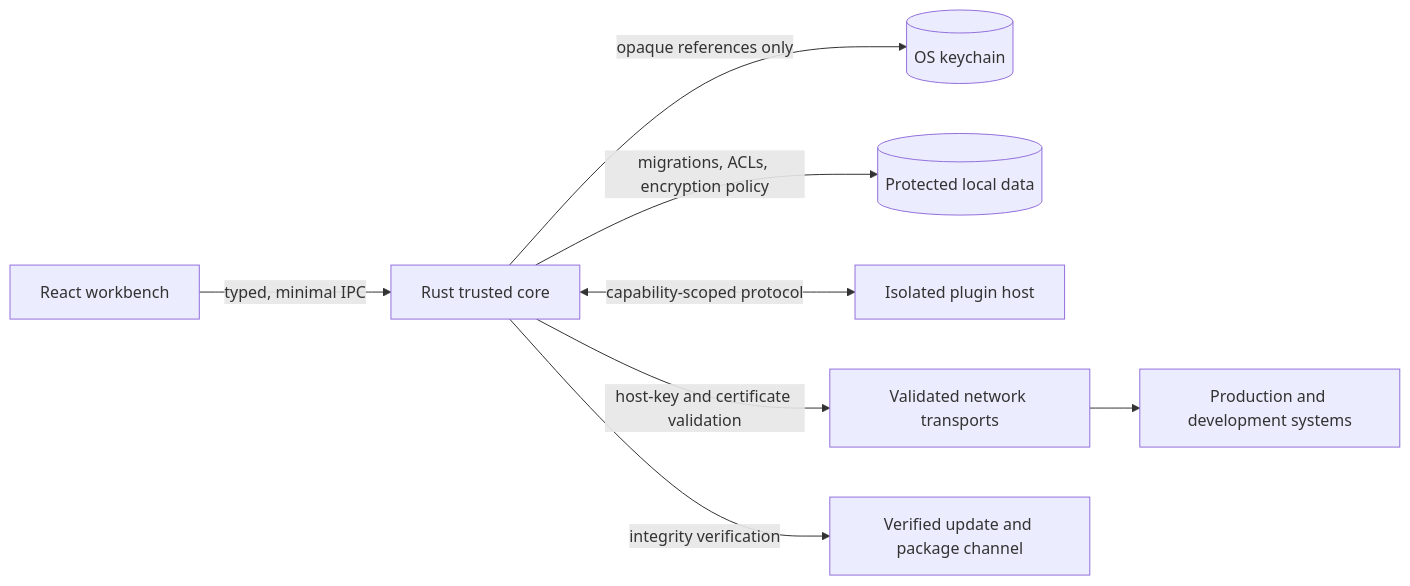
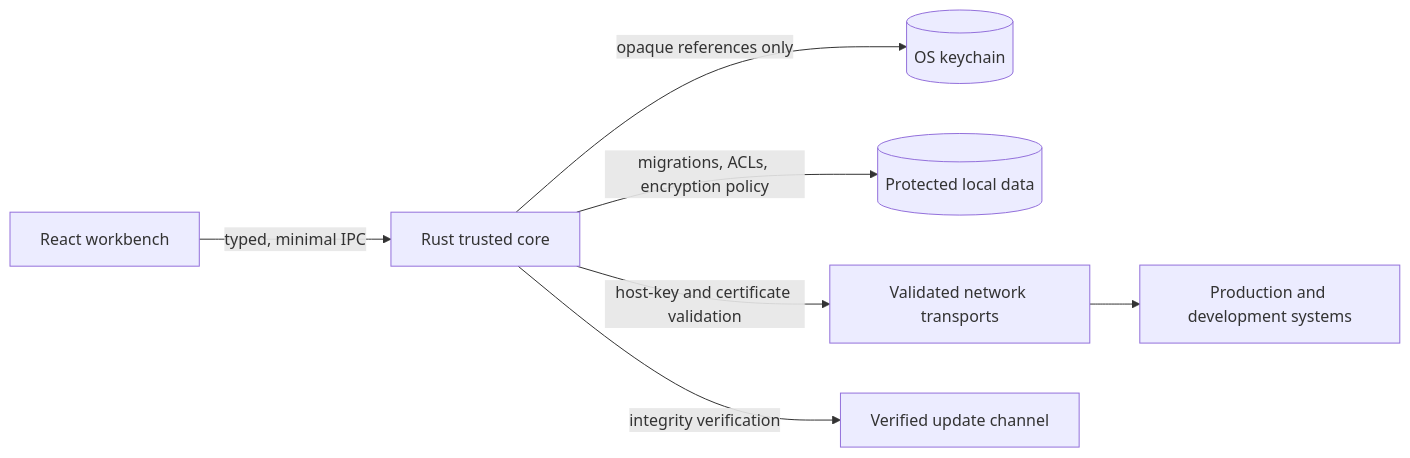
The diagram in docs/security/README.md (abolfazlcodes/relio), drawn with Mermaid before and after one commit. The commit also changed other lines of this file and 51 other files, not shown here.

````diff
--- a/docs/security/README.md
+++ b/docs/security/README.md
@@ -26,19 +28,17 @@
 ```mermaid
 flowchart LR
     UI[React workbench]
     CORE[Rust trusted core]
     KEYCHAIN[(OS keychain)]
     DATA[(Protected local data)]
-    PLUGIN[Isolated plugin host]
     NET[Validated network transports]
     REMOTE[Production and development systems]
-    UPDATE[Verified update and package channel]
+    UPDATE[Verified update channel]
 
     UI -->|typed, minimal IPC| CORE
     CORE -->|opaque references only| KEYCHAIN
     CORE -->|migrations, ACLs, encryption policy| DATA
-    CORE <-->|capability-scoped protocol| PLUGIN
     CORE -->|host-key and certificate validation| NET
     NET --> REMOTE
     CORE -->|integrity verification| UPDATE
 ```
````
